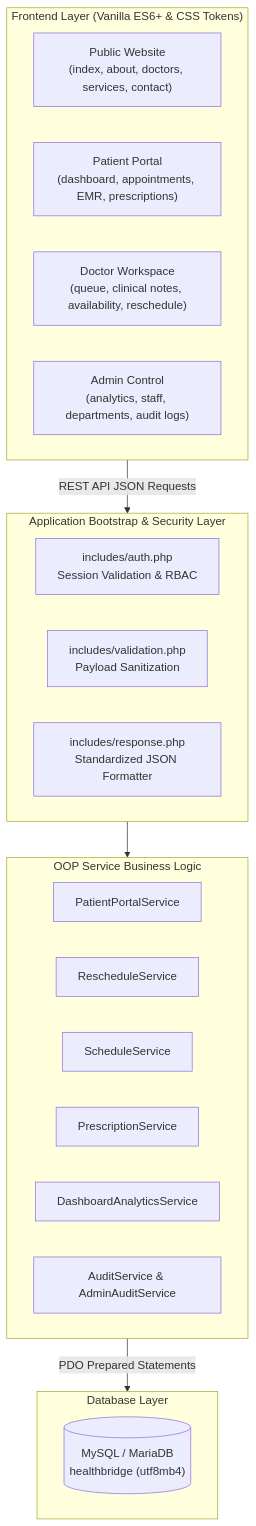
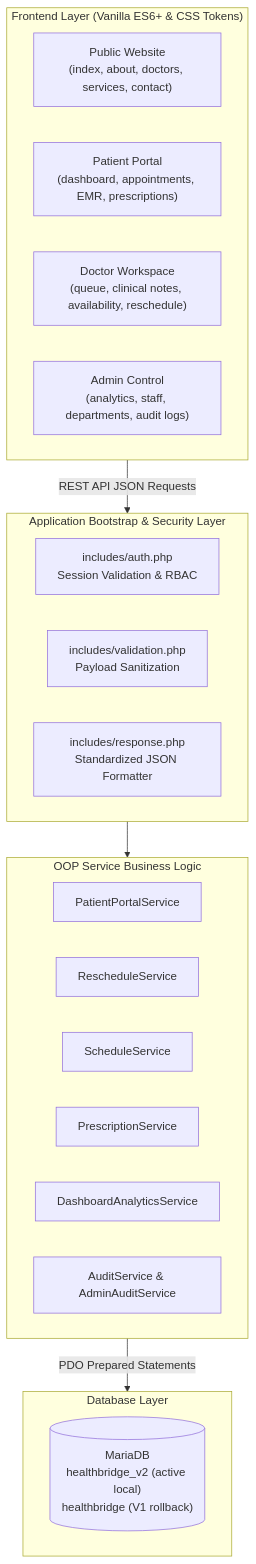
The diagram in README.md (youssefmohammed12/hospital-project), drawn with Mermaid before and after one commit. The commit also changed other lines of this file and 491 other files, not shown here.

````diff
--- a/README.md
+++ b/README.md
@@ -118,32 +121,32 @@
 ```mermaid
 flowchart TD
     subgraph Client["Frontend Layer (Vanilla ES6+ & CSS Tokens)"]
         Landing["Public Website<br/>(index, about, doctors, services, contact)"]
         PatientUI["Patient Portal<br/>(dashboard, appointments, EMR, prescriptions)"]
         DoctorUI["Doctor Workspace<br/>(queue, clinical notes, availability, reschedule)"]
         AdminUI["Admin Control<br/>(analytics, staff, departments, audit logs)"]
     end
 
     subgraph Middleware["Application Bootstrap & Security Layer"]
         AuthMiddleware["includes/auth.php<br/>Session Validation & RBAC"]
         Validation["includes/validation.php<br/>Payload Sanitization"]
         ResponseHandler["includes/response.php<br/>Standardized JSON Formatter"]
     end
 
     subgraph ServiceLayer["OOP Service Business Logic"]
         PatientService["PatientPortalService"]
         RescheduleService["RescheduleService"]
         ScheduleService["ScheduleService"]
         PrescriptionService["PrescriptionService"]
         AnalyticsService["DashboardAnalyticsService"]
         AuditService["AuditService & AdminAuditService"]
     end
 
     subgraph DataLayer["Database Layer"]
-        MySQL[("MySQL / MariaDB<br/>healthbridge (utf8mb4)")]
+        MariaDB[("MariaDB<br/>healthbridge_v2 (active local)<br/>healthbridge (V1 rollback)")]
     end
 
     Client -->|REST API JSON Requests| Middleware
     Middleware --> ServiceLayer
     ServiceLayer -->|PDO Prepared Statements| DataLayer
 ```
````
